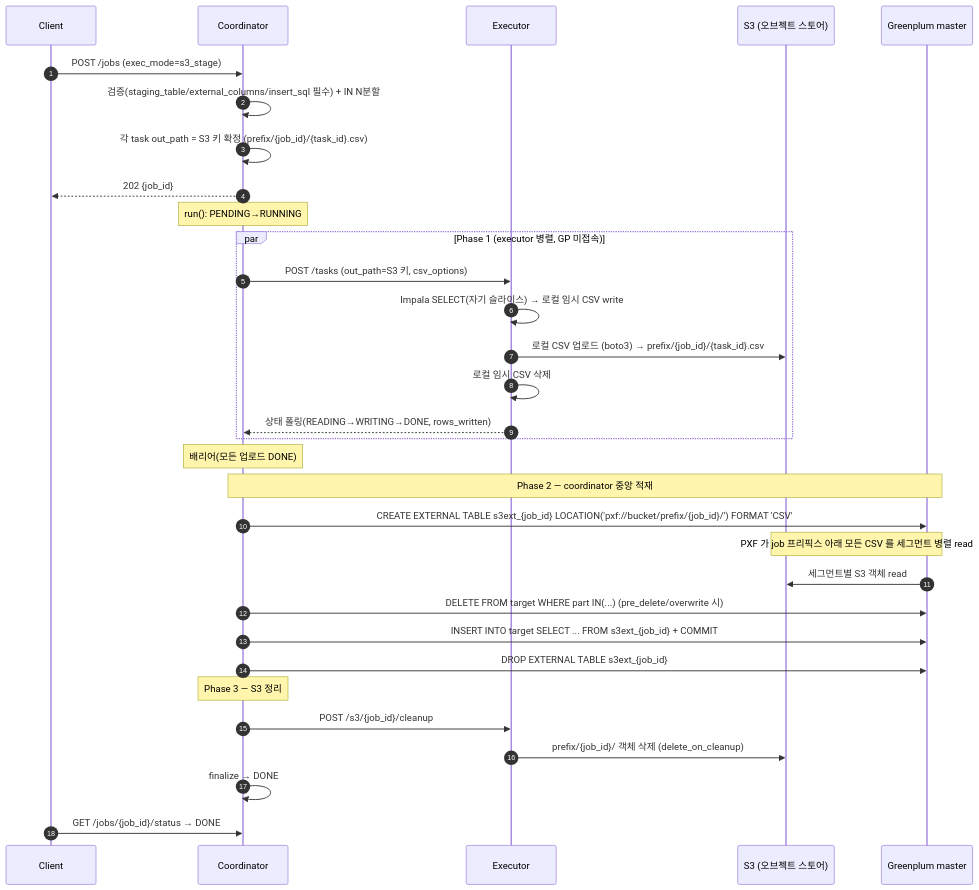
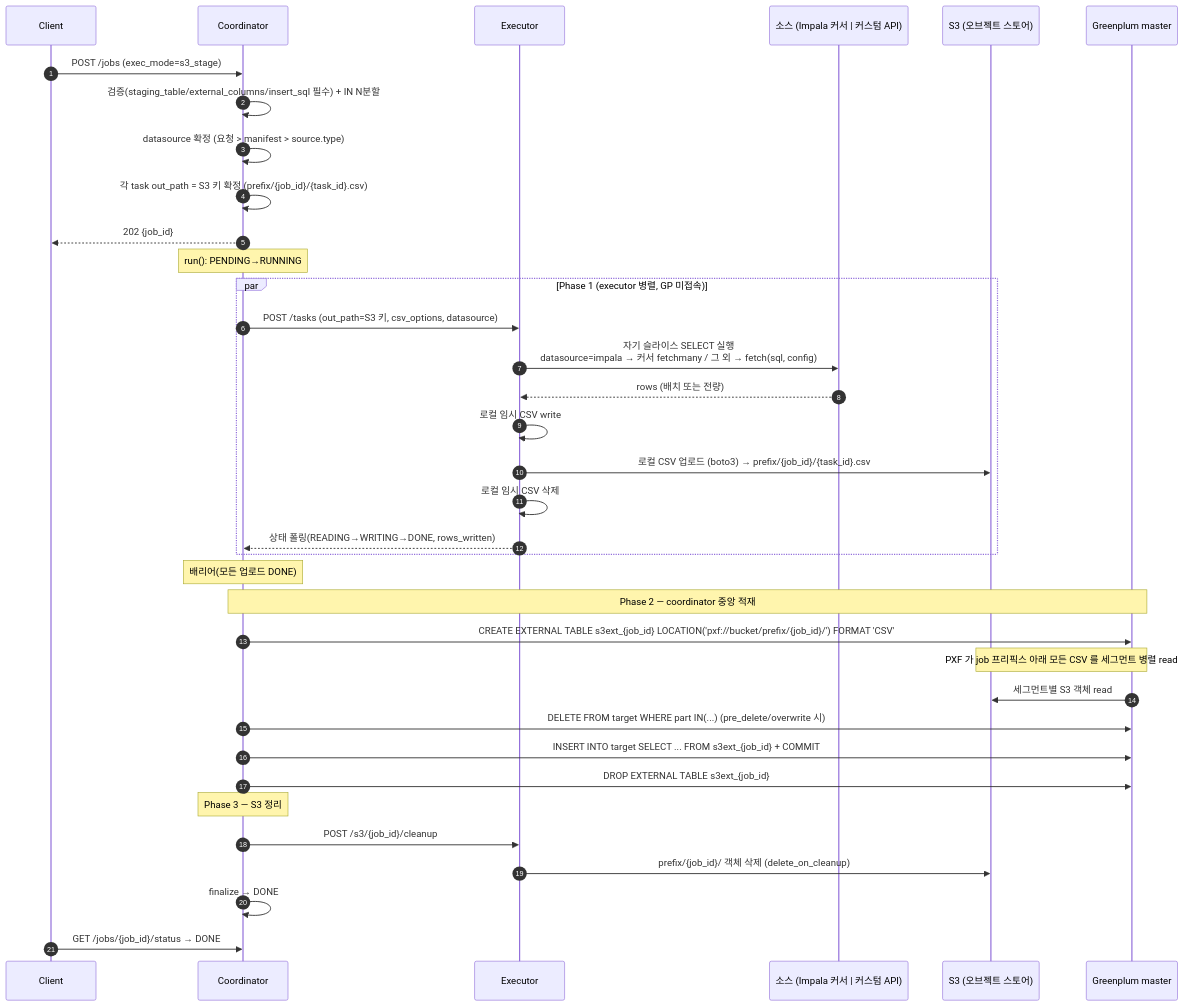
One commit to DataDynamics/distributed-query-executor changed the diagram in docs/images/guide-02.mmd. Above: the diagram before and after it, drawn with Mermaid. The commit also changed 14 other files, not shown here.

```diff
--- a/docs/images/guide-02.mmd
+++ b/docs/images/guide-02.mmd
@@ -1,33 +1,37 @@
 sequenceDiagram
     autonumber
     participant C as Client
     participant CO as Coordinator
     participant EX as Executor
+    participant SRC as 소스 (Impala 커서 | 커스텀 API)
     participant S3 as S3 (오브젝트 스토어)
     participant GP as Greenplum master
 
     C->>CO: POST /jobs (exec_mode=s3_stage)
     CO->>CO: 검증(staging_table/external_columns/insert_sql 필수) + IN N분할
+    CO->>CO: datasource 확정 (요청 > manifest > source.type)
     CO->>CO: 각 task out_path = S3 키 확정 (prefix/{job_id}/{task_id}.csv)
     CO-->>C: 202 {job_id}
     Note over CO: run(): PENDING→RUNNING
     par Phase 1 (executor 병렬, GP 미접속)
-        CO->>EX: POST /tasks (out_path=S3 키, csv_options)
-        EX->>EX: Impala SELECT(자기 슬라이스) → 로컬 임시 CSV write
+        CO->>EX: POST /tasks (out_path=S3 키, csv_options, datasource)
+        EX->>SRC: 자기 슬라이스 SELECT 실행<br/>datasource=impala → 커서 fetchmany / 그 외 → fetch(sql, config)
+        SRC-->>EX: rows (배치 또는 전량)
+        EX->>EX: 로컬 임시 CSV write
         EX->>S3: 로컬 CSV 업로드 (boto3) → prefix/{job_id}/{task_id}.csv
         EX->>EX: 로컬 임시 CSV 삭제
         EX-->>CO: 상태 폴링(READING→WRITING→DONE, rows_written)
     end
     Note over CO: 배리어(모든 업로드 DONE)
     Note over CO,GP: Phase 2 — coordinator 중앙 적재
     CO->>GP: CREATE EXTERNAL TABLE s3ext_{job_id} LOCATION('pxf://bucket/prefix/{job_id}/') FORMAT 'CSV'
     Note over GP,S3: PXF 가 job 프리픽스 아래 모든 CSV 를 세그먼트 병렬 read
     GP->>S3: 세그먼트별 S3 객체 read
     CO->>GP: DELETE FROM target WHERE part IN(...)  (pre_delete/overwrite 시)
     CO->>GP: INSERT INTO target SELECT ... FROM s3ext_{job_id} + COMMIT
     CO->>GP: DROP EXTERNAL TABLE s3ext_{job_id}
     Note over CO: Phase 3 — S3 정리
     CO->>EX: POST /s3/{job_id}/cleanup
     EX->>S3: prefix/{job_id}/ 객체 삭제 (delete_on_cleanup)
     CO->>CO: finalize → DONE
     C->>CO: GET /jobs/{job_id}/status → DONE
```
